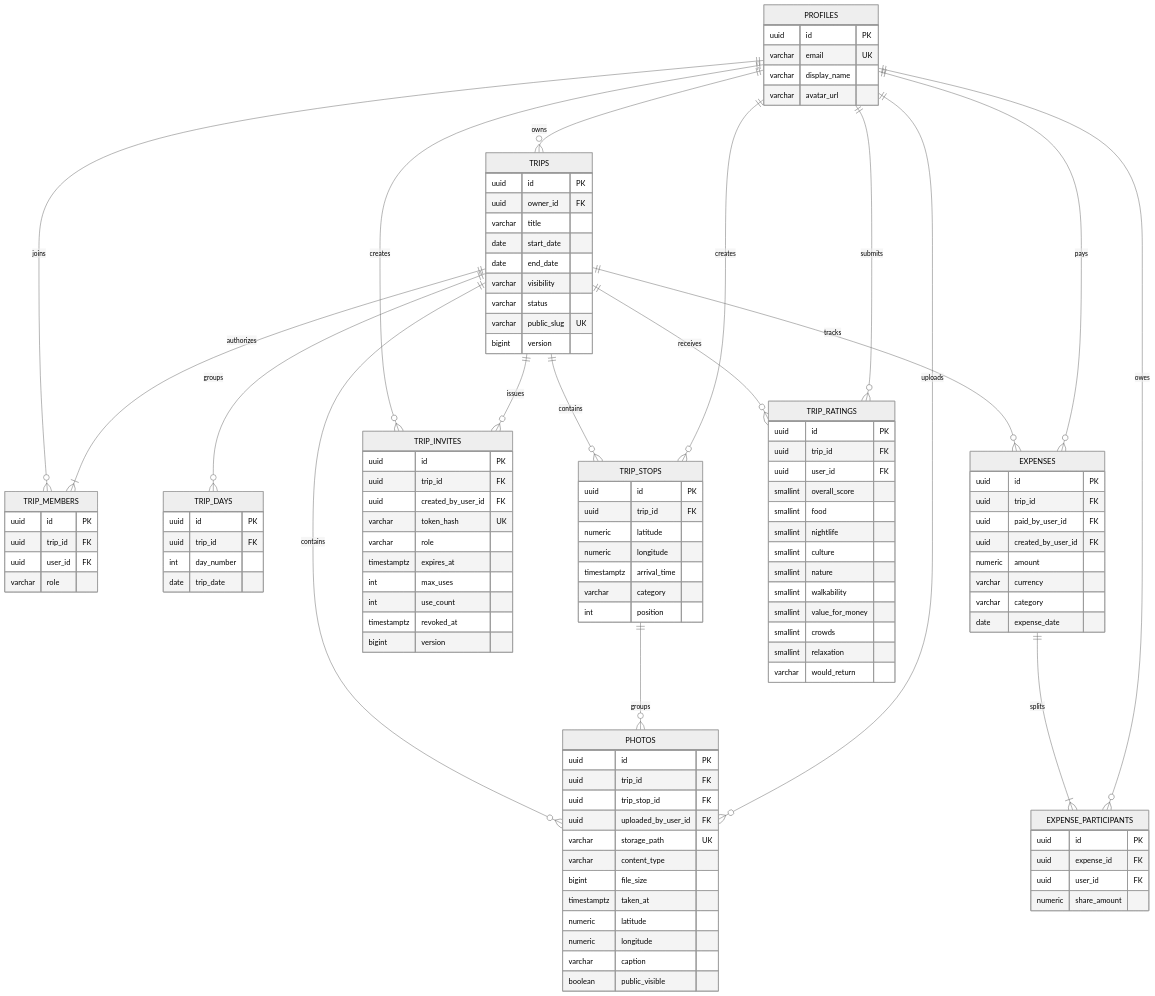
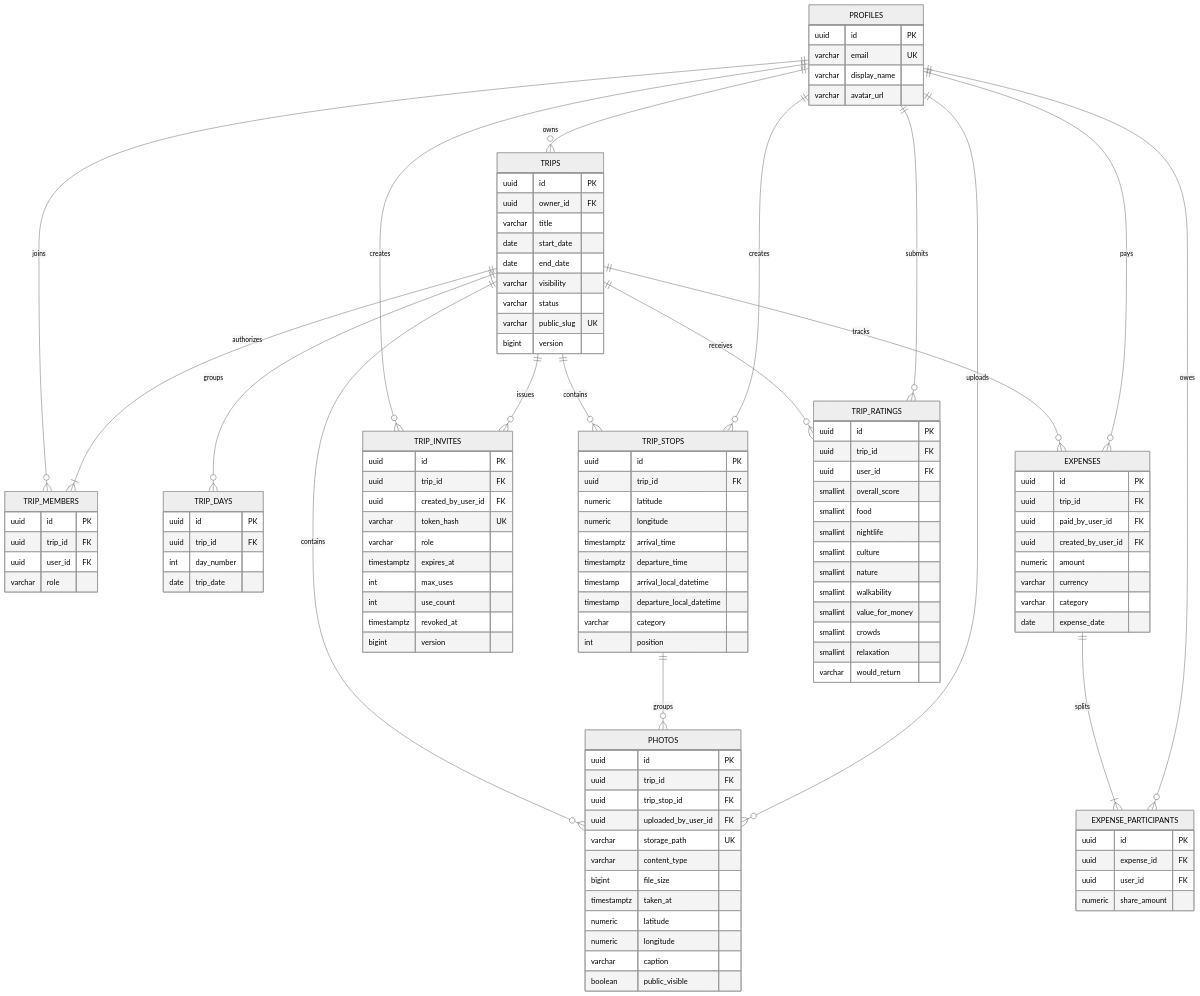
Before and after one commit to ilynet-0302/Travel-Memory-Map: the diagram in docs/database/database-schema.md, drawn with Mermaid (neutral theme). The commit also changed 13 other files, not shown here.

Commit message:
feat: add local date and time fields for trip stops and update related components

```diff
--- a/docs/database/database-schema.md
+++ b/docs/database/database-schema.md
@@ -57,6 +57,9 @@
       numeric latitude
       numeric longitude
       timestamptz arrival_time
+      timestamptz departure_time
+      timestamp arrival_local_datetime
+      timestamp departure_local_datetime
       varchar category
       int position
     }
```
